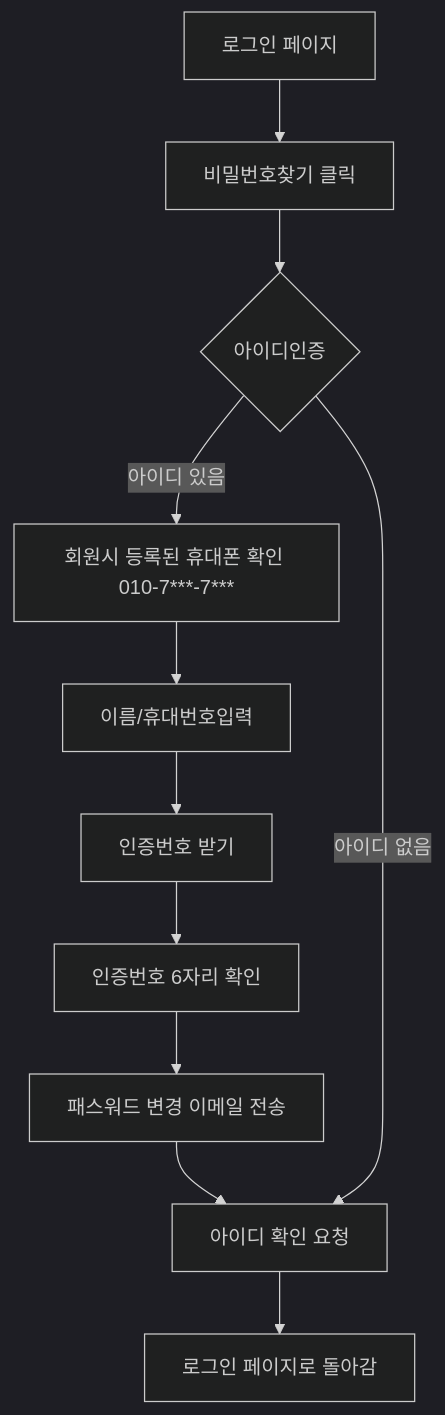
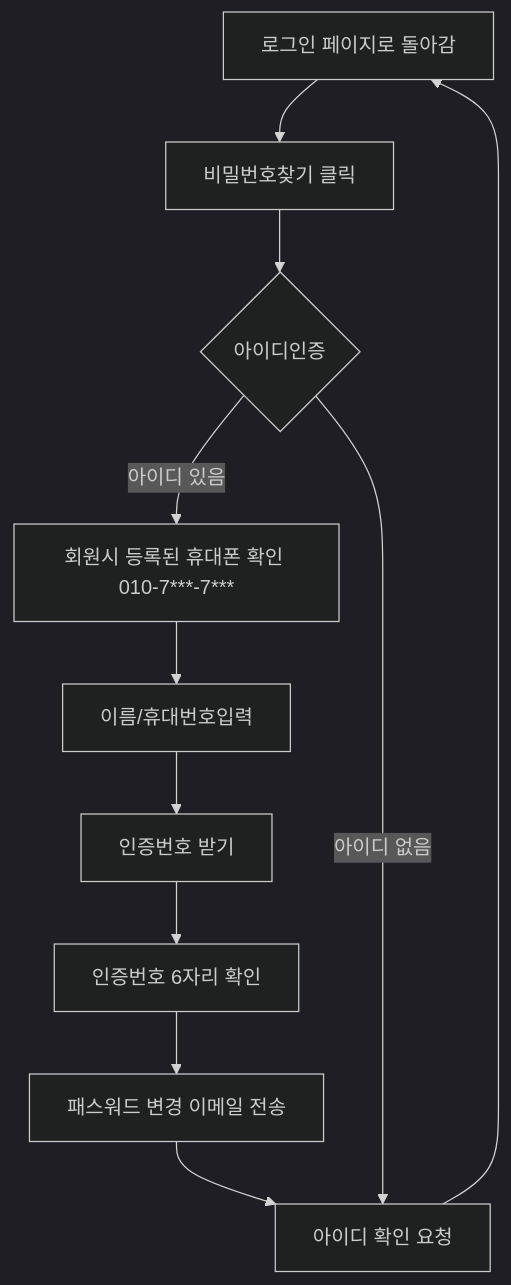
One commit to 95126m/OnboardingProject changed the second of 3 diagrams in login_기능정의서.md. Above: the diagram before and after it, drawn with Mermaid (dark theme).

````diff
--- a/login_기능정의서.md
+++ b/login_기능정의서.md
@@ -45,7 +45,7 @@
 ```mermaid
 flowchart TD
     k[로그인 페이지]-->A[비밀번호찾기 클릭]-->B[아이디 입력] -- 아이디 있음 --> c[회원시 등록된 휴대폰 확인 010-7***-7***]-->d[이름/휴대번호입력]-->e[인증번호 받기]-->f[인증번호 6자리 확인]-->g[패스워드 변경 이메일 전송]-->h[가입된 이메일로 암호변경 링크 발송]
-    B{아이디인증} -- 아이디 없음 -->h[아이디 확인 요청]-->i[로그인 페이지로 돌아감]
+    B{아이디인증} -- 아이디 없음 -->h[아이디 확인 요청]-->k[로그인 페이지로 돌아감]
 
  
 ```
````
